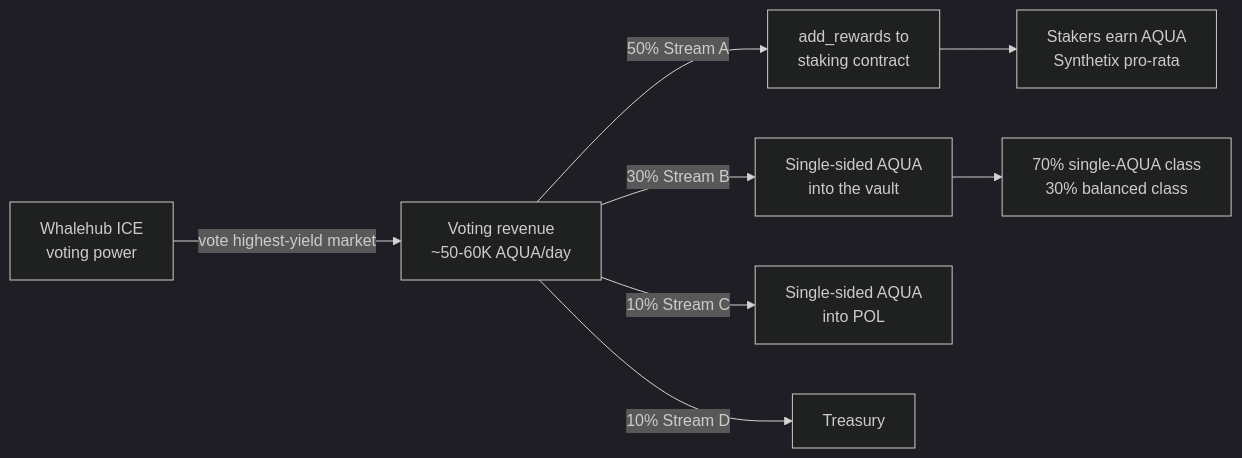
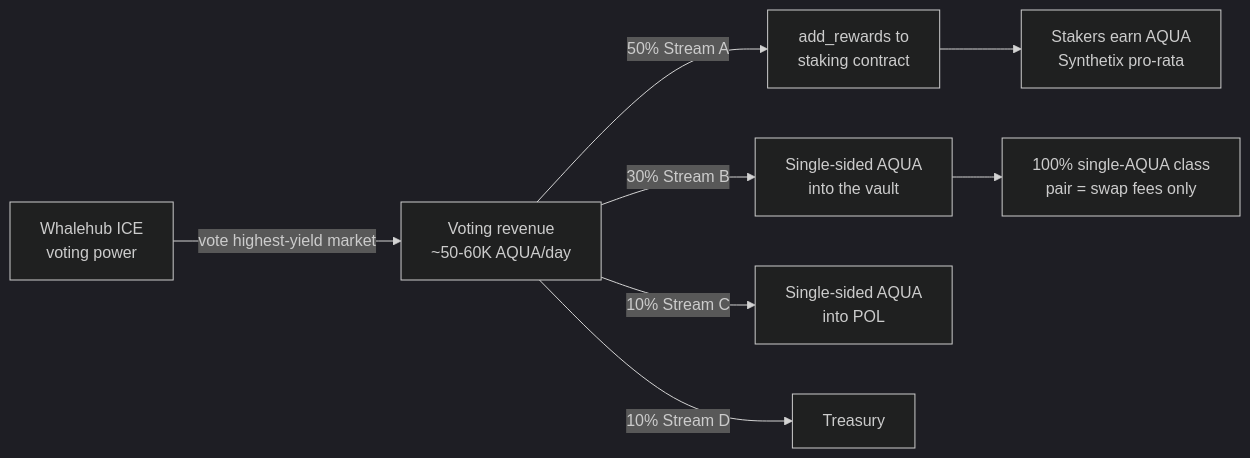
The diagram in docs/tokenomics/bribes-harvesting.md (WhaleHub/whalehub-core), drawn with Mermaid (dark theme) before and after one commit. The commit also changed 4 other files, not shown here.

First line of the commit message:
docs: Stream B is 100/0 — AQUA-only earns it all, pair earns swap fees

````diff
--- a/docs/tokenomics/bribes-harvesting.md
+++ b/docs/tokenomics/bribes-harvesting.md
@@ -13,10 +13,10 @@
 ```mermaid
 flowchart LR
     A[Whalehub ICE<br/>voting power] -->|vote highest-yield market| B[Voting revenue<br/>~50-60K AQUA/day]
     B -->|50% Stream A| D[add_rewards to<br/>staking contract]
     D --> F[Stakers earn AQUA<br/>Synthetix pro-rata]
     B -->|30% Stream B| G[Single-sided AQUA<br/>into the vault]
-    G --> H[70% single-AQUA class<br/>30% balanced class]
+    G --> H[100% single-AQUA class<br/>pair = swap fees only]
     B -->|10% Stream C| I[Single-sided AQUA<br/>into POL]
     B -->|10% Stream D| J[Treasury]
 ```
````
